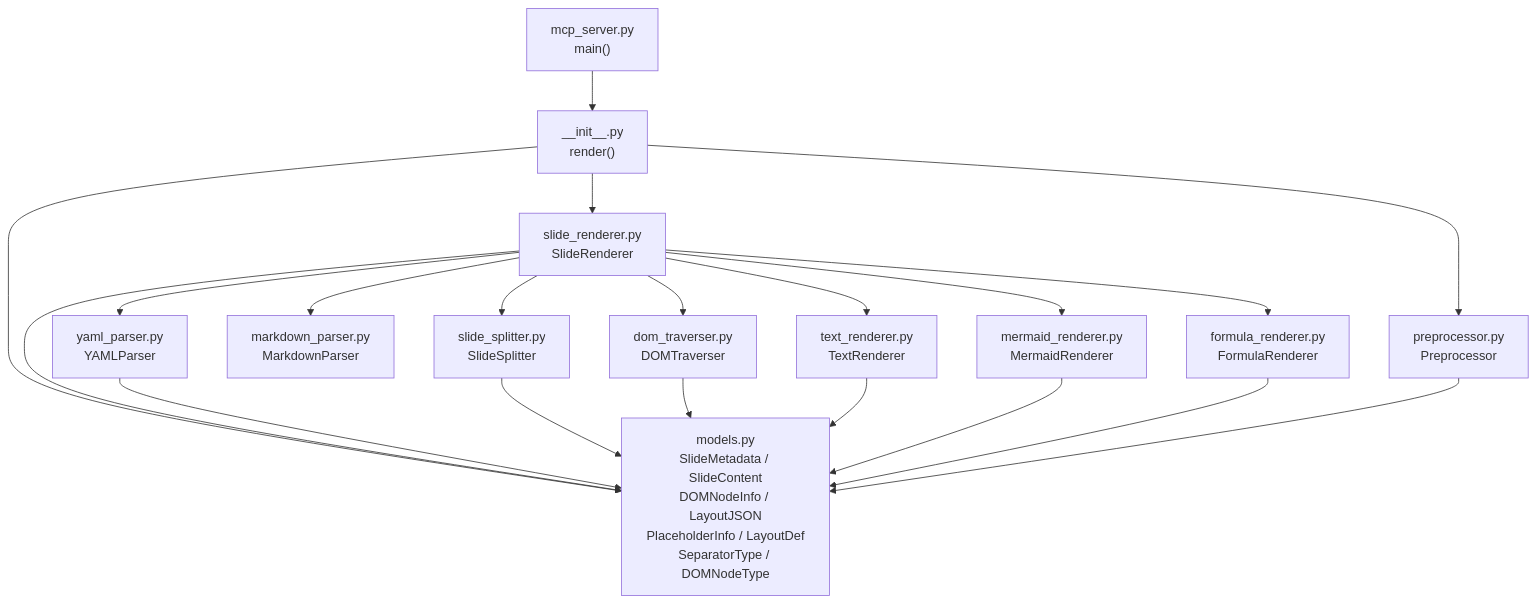
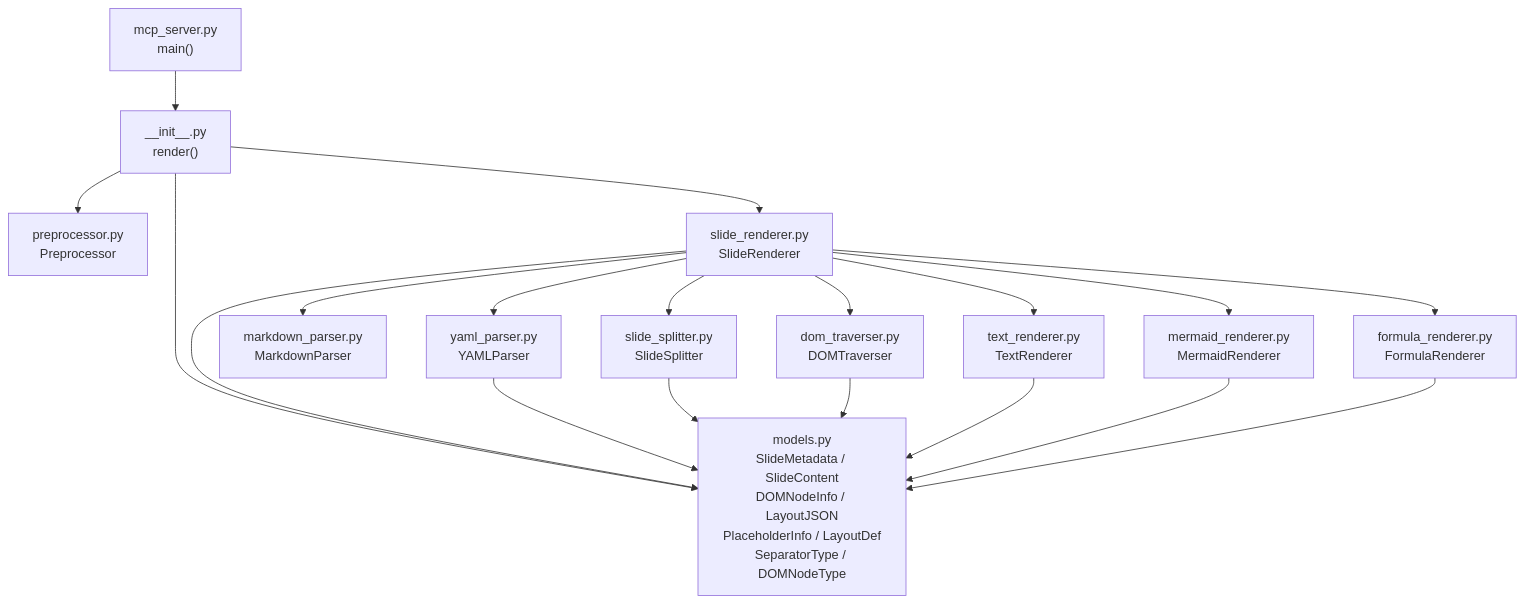
Before and after one commit to notfolder/qmd_to_pptx: the third of 6 diagrams in docs/CLASS_IMPLEMENT_DESIGN.md, drawn with Mermaid. The commit also changed other lines of this file and 8 other files, not shown here.

````diff
--- a/docs/CLASS_IMPLEMENT_DESIGN.md
+++ b/docs/CLASS_IMPLEMENT_DESIGN.md
@@ -449,35 +449,34 @@
 ```mermaid
 flowchart TD
     init["__init__.py\nrender()"]
     models["models.py\nSlideMetadata / SlideContent\nDOMNodeInfo / LayoutJSON\nPlaceholderInfo / LayoutDef\nSeparatorType / DOMNodeType"]
     pre["preprocessor.py\nPreprocessor"]
     yaml["yaml_parser.py\nYAMLParser"]
     split["slide_splitter.py\nSlideSplitter"]
     md["markdown_parser.py\nMarkdownParser"]
     dom["dom_traverser.py\nDOMTraverser"]
     sr["slide_renderer.py\nSlideRenderer"]
     tr["text_renderer.py\nTextRenderer"]
     mr["mermaid_renderer.py\nMermaidRenderer"]
     fr["formula_renderer.py\nFormulaRenderer"]
     mcp["mcp_server.py\nmain()"]
 
     mcp --> init
     init --> pre
     init --> sr
     init --> models
     sr --> yaml
     sr --> split
     sr --> md
     sr --> dom
     sr --> tr
     sr --> mr
     sr --> fr
     sr --> models
     yaml --> models
     split --> models
     dom --> models
     tr --> models
     mr --> models
     fr --> models
-    pre --> models
 ```
````
